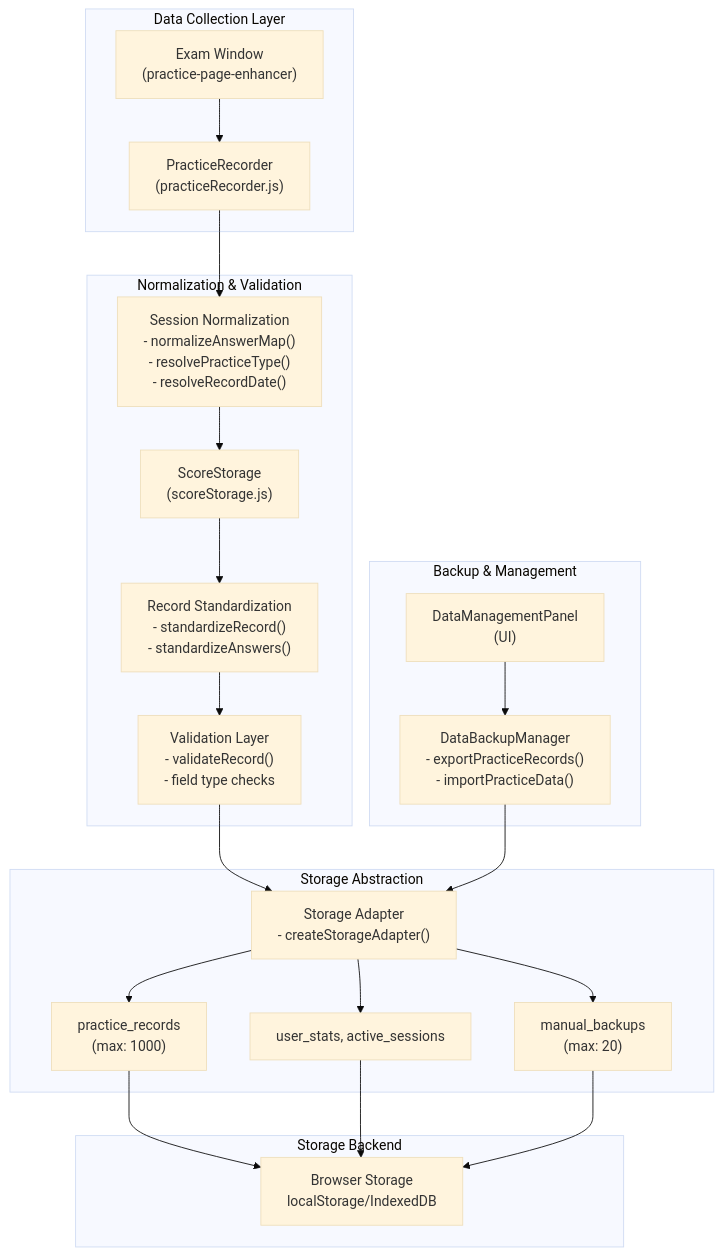
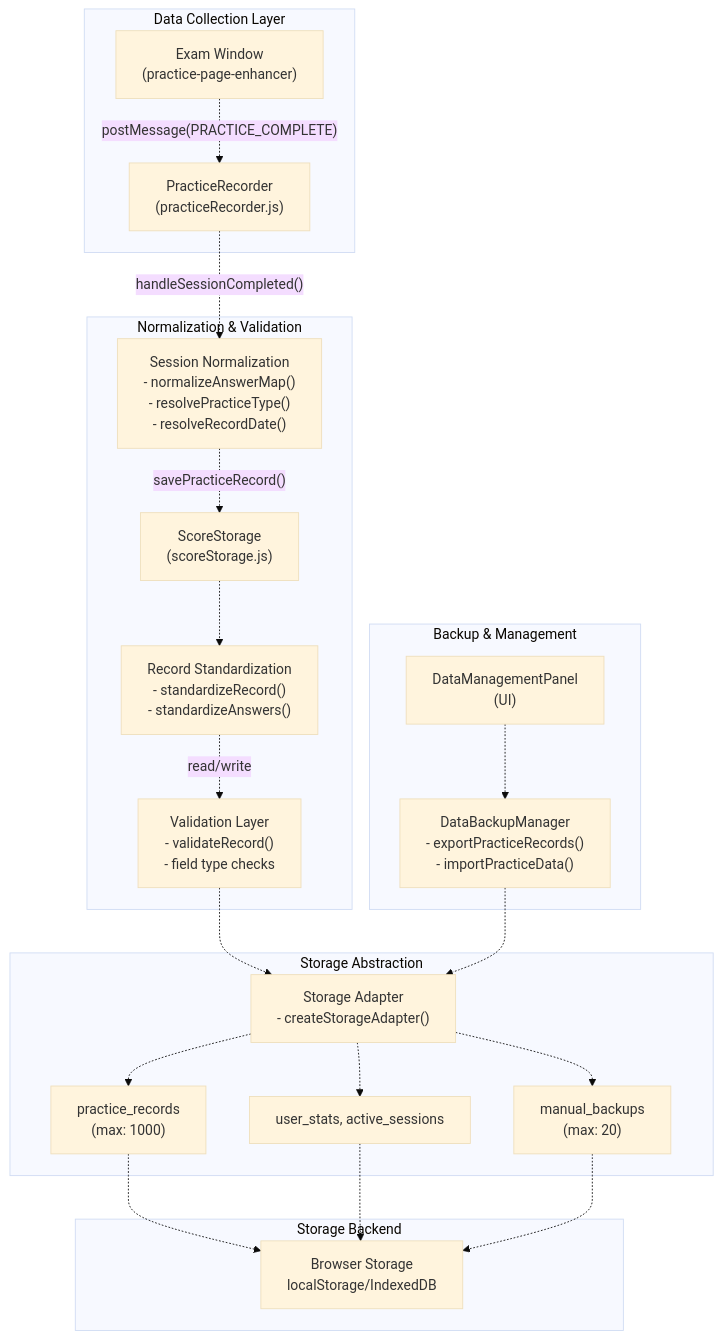
The first of 22 diagrams in developer/doc/Wiki/Data-Management-System.md (sallowayma-git/IELTS-practice), drawn with Mermaid (base theme) before and after one commit. The commit also changed other lines of this file and 84 other files, not shown here.

````diff
--- a/developer/doc/Wiki/Data-Management-System.md
+++ b/developer/doc/Wiki/Data-Management-System.md
@@ -21,60 +22,60 @@
 ```mermaid
 flowchart TD
 
 ExamWindow["Exam Window<br>(practice-page-enhancer)"]
 PracticeRecorder["PracticeRecorder<br>(practiceRecorder.js)"]
 SessionNormalization["Session Normalization<br>- normalizeAnswerMap()<br>- resolvePracticeType()<br>- resolveRecordDate()"]
 ScoreStorage["ScoreStorage<br>(scoreStorage.js)"]
 StandardizeRecord["Record Standardization<br>- standardizeRecord()<br>- standardizeAnswers()"]
 ValidationLayer["Validation Layer<br>- validateRecord()<br>- field type checks"]
 StorageAdapter["Storage Adapter<br>- createStorageAdapter()"]
 PracticeRepo["practice_records<br>(max: 1000)"]
 MetaRepo["user_stats, active_sessions"]
 BackupRepo["manual_backups<br>(max: 20)"]
 DataBackupManager["DataBackupManager<br>- exportPracticeRecords()<br>- importPracticeData()"]
 DataManagementPanel["DataManagementPanel<br>(UI)"]
 BrowserStorage["Browser Storage<br>localStorage/IndexedDB"]
 
-PracticeRecorder --> SessionNormalization
-ValidationLayer --> StorageAdapter
-PracticeRepo --> BrowserStorage
-MetaRepo --> BrowserStorage
-BackupRepo --> BrowserStorage
-DataBackupManager --> StorageAdapter
+PracticeRecorder -.->|"handleSessionCompleted()"| SessionNormalization
+ValidationLayer -.-> StorageAdapter
+PracticeRepo -.-> BrowserStorage
+MetaRepo -.-> BrowserStorage
+BackupRepo -.-> BrowserStorage
+DataBackupManager -.-> StorageAdapter
 
 subgraph subGraph4 ["Storage Backend"]
     BrowserStorage
 end
 
 subgraph subGraph3 ["Backup & Management"]
     DataBackupManager
     DataManagementPanel
-    DataManagementPanel --> DataBackupManager
+    DataManagementPanel -.-> DataBackupManager
 end
 
 subgraph subGraph2 ["Storage Abstraction"]
     StorageAdapter
     PracticeRepo
     MetaRepo
     BackupRepo
-    StorageAdapter --> PracticeRepo
-    StorageAdapter --> MetaRepo
-    StorageAdapter --> BackupRepo
+    StorageAdapter -.-> PracticeRepo
+    StorageAdapter -.-> MetaRepo
+    StorageAdapter -.-> BackupRepo
 end
 
 subgraph subGraph1 ["Normalization & Validation"]
     SessionNormalization
     ScoreStorage
     StandardizeRecord
     ValidationLayer
-    SessionNormalization --> ScoreStorage
-    ScoreStorage --> StandardizeRecord
-    StandardizeRecord --> ValidationLayer
+    SessionNormalization -.->|"savePracticeRecord()"| ScoreStorage
+    ScoreStorage -.-> StandardizeRecord
+    StandardizeRecord -.->|"read/write"| ValidationLayer
 end
 
 subgraph subGraph0 ["Data Collection Layer"]
     ExamWindow
     PracticeRecorder
-    ExamWindow --> PracticeRecorder
+    ExamWindow -.->|"postMessage(PRACTICE_COMPLETE)"| PracticeRecorder
 end
 ```
````
